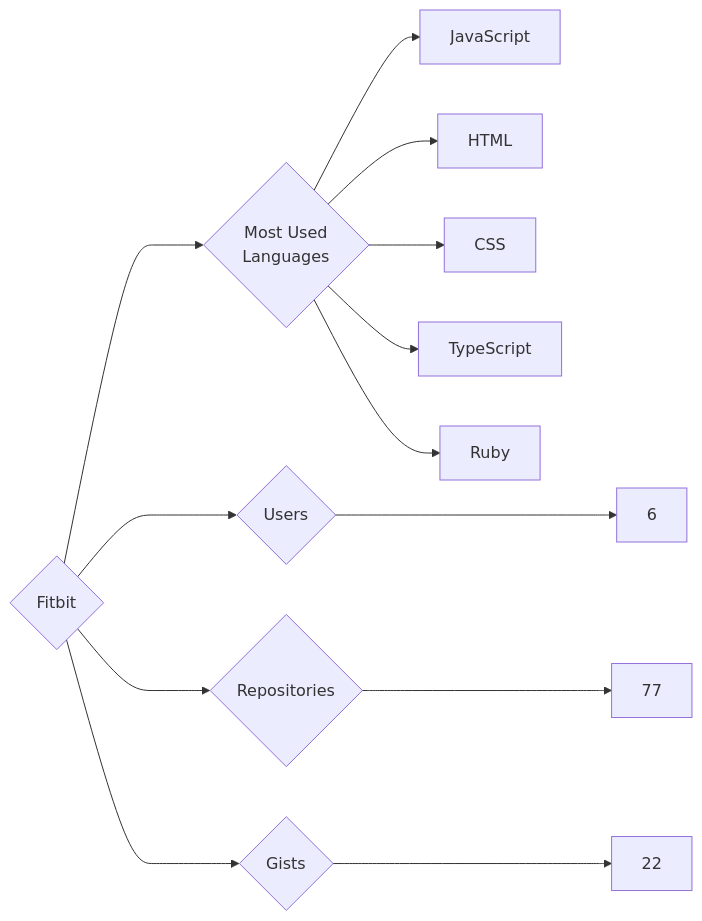
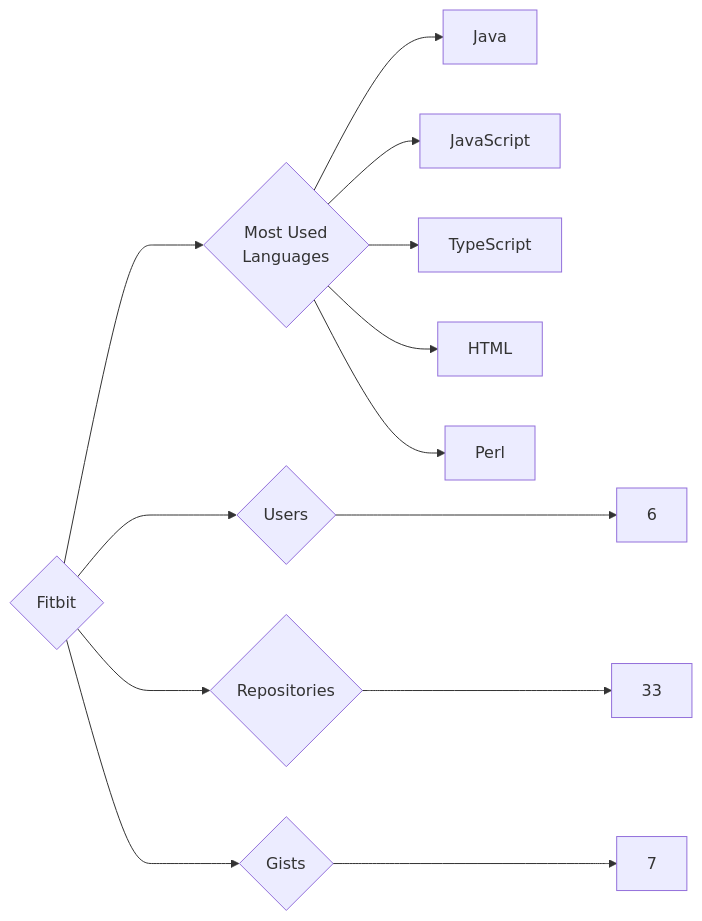
The diagram in targets/Fitbit/README.md (trickest/insiders), drawn with Mermaid before and after one commit. The commit also changed 776 other files, not shown here.

````diff
--- a/targets/Fitbit/README.md
+++ b/targets/Fitbit/README.md
@@ -3,13 +3,13 @@
 ```mermaid
 graph LR
 COMPANY_NAME{Fitbit}
 COMPANY_NAME ---> U{Users} ---> UN[6]
-COMPANY_NAME ---> R{Repositories} ---> RN[77]
-COMPANY_NAME ---> G{Gists} ---> GN[22]
+COMPANY_NAME ---> R{Repositories} ---> RN[33]
+COMPANY_NAME ---> G{Gists} ---> GN[7]
 COMPANY_NAME ---> ML{Most Used<br>Languages}
+ML --> Java[Java]
 ML --> JavaScript[JavaScript]
+ML --> TypeScript[TypeScript]
 ML --> HTML[HTML]
-ML --> CSS[CSS]
-ML --> TypeScript[TypeScript]
-ML --> Ruby[Ruby]
+ML --> Perl[Perl]
 ```
````
